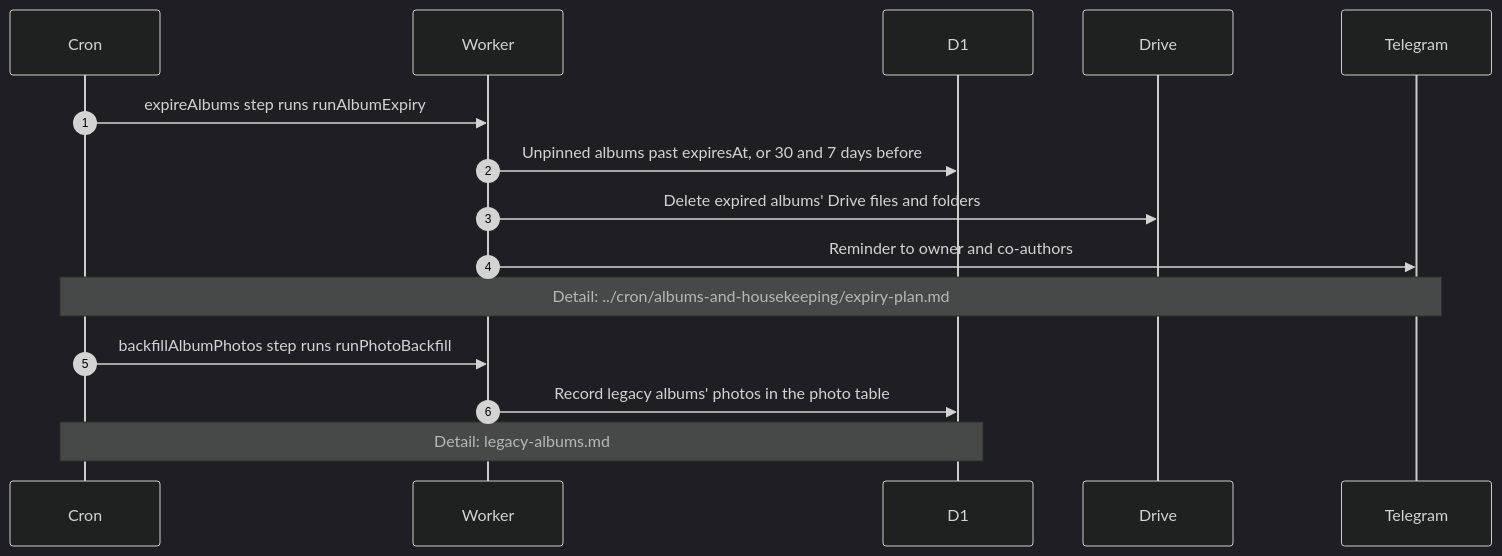
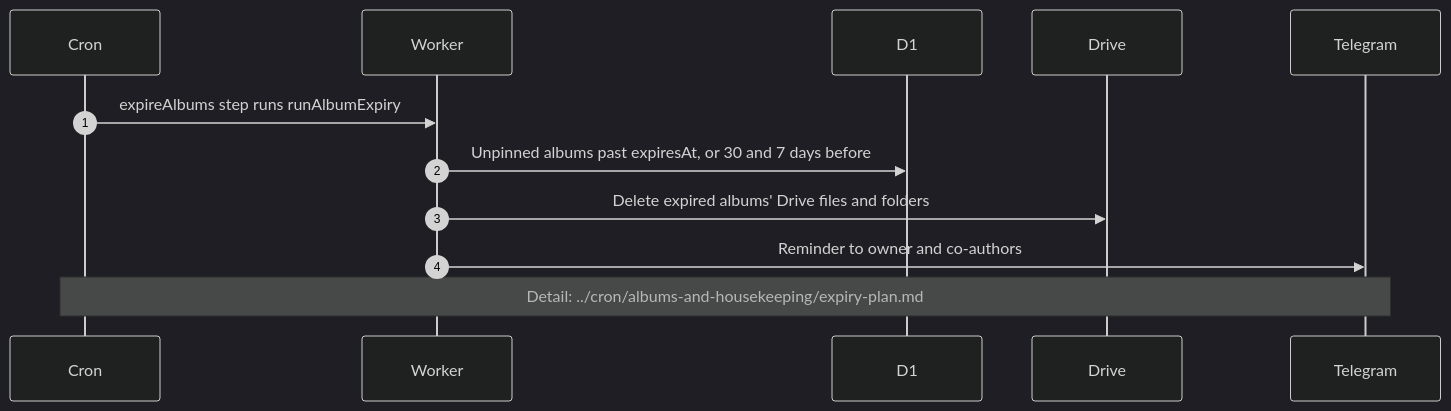
Before and after one commit to sagyzdop/meriksirat: the diagram in docs/scenarios/albums/background-handoffs.md, drawn with Mermaid (dark theme). The commit also changed other lines of this file and 45 other files, not shown here.

First line of the commit message:
feat(albums): remove the photo table and the indexer

````diff
--- a/docs/scenarios/albums/background-handoffs.md
+++ b/docs/scenarios/albums/background-handoffs.md
@@ -14,17 +14,14 @@
 ```mermaid
 sequenceDiagram
     autonumber
     participant C as Cron
     participant W as Worker
     participant D as D1
     participant G as Drive
     participant T as Telegram
     C->>W: expireAlbums step runs runAlbumExpiry
     W->>D: Unpinned albums past expiresAt, or 30 and 7 days before
     W->>G: Delete expired albums' Drive files and folders
     W->>T: Reminder to owner and co-authors
     Note over C,T: Detail: ../cron/albums-and-housekeeping/expiry-plan.md
-    C->>W: backfillAlbumPhotos step runs runPhotoBackfill
-    W->>D: Record legacy albums' photos in the photo table
-    Note over C,D: Detail: legacy-albums.md
 ```
````
